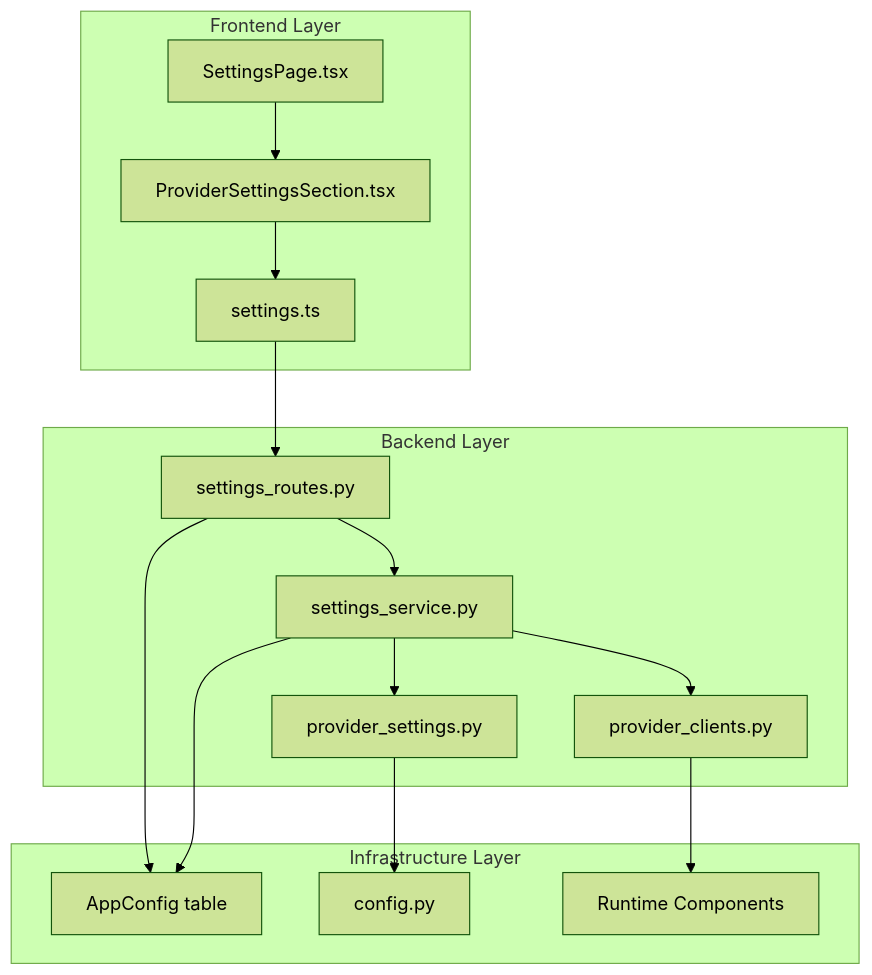
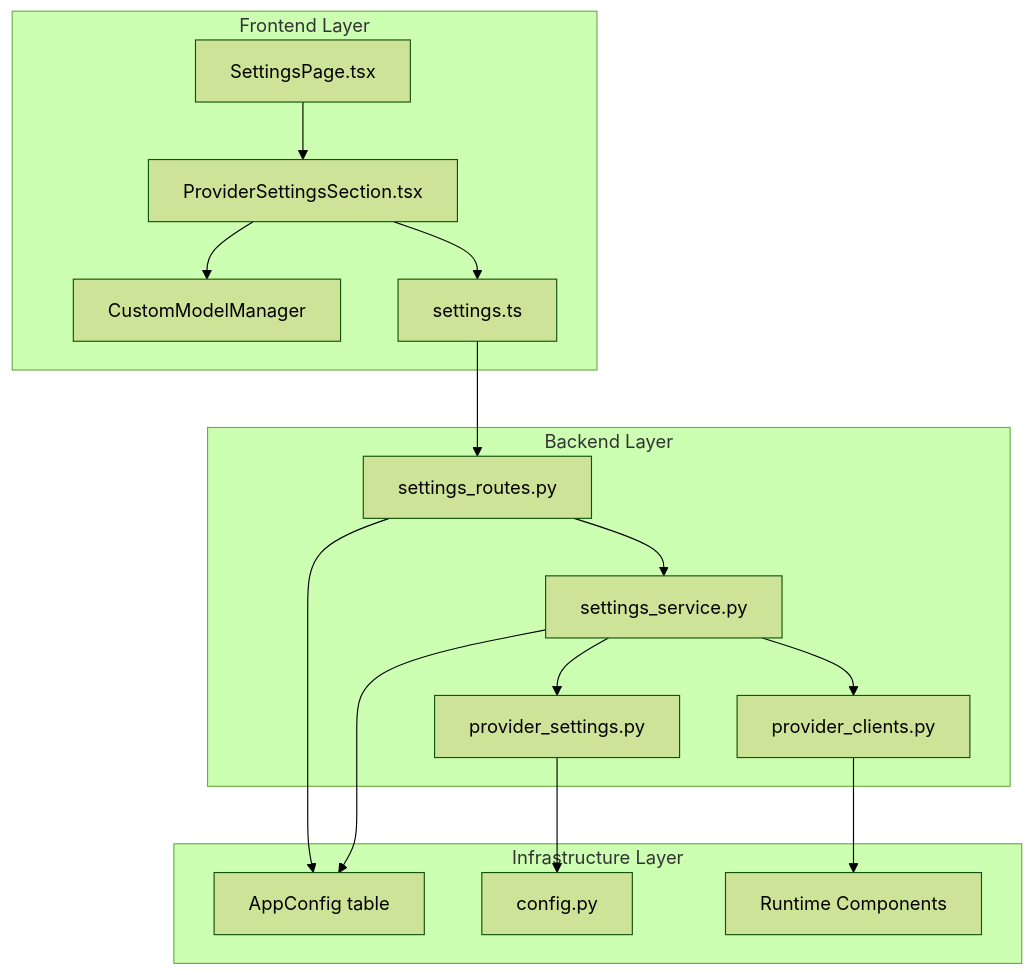
One commit to genes8/private-ai changed the first of 8 diagrams in .qoder/repowiki/en/content/Backend Development/Runtime Configuration System/Provider Settings Management.md. Above: the diagram before and after it, drawn with Mermaid (forest theme). The commit also changed other lines of this file and 12 other files, not shown here.

````diff
--- a/.qoder/repowiki/en/content/Backend Development/Runtime Configuration System/Provider Settings Management.md
+++ b/.qoder/repowiki/en/content/Backend Development/Runtime Configuration System/Provider Settings Management.md
@@ -39,29 +48,31 @@
 ```mermaid
 graph TB
 subgraph "Frontend Layer"
 SP[SettingsPage.tsx]
 PSS[ProviderSettingsSection.tsx]
+CM[CustomModelManager]
 API[settings.ts]
 end
 subgraph "Backend Layer"
 SR[settings_routes.py]
 SS[settings_service.py]
 PS[provider_settings.py]
 PC[provider_clients.py]
 end
 subgraph "Infrastructure Layer"
 DB[AppConfig table]
 CFG[config.py]
 RT[Runtime Components]
 end
 SP --> PSS
+PSS --> CM
 PSS --> API
 API --> SR
 SR --> SS
 SS --> PS
 SS --> PC
 SR --> DB
 SS --> DB
 PS --> CFG
 PC --> RT
 ```
````
